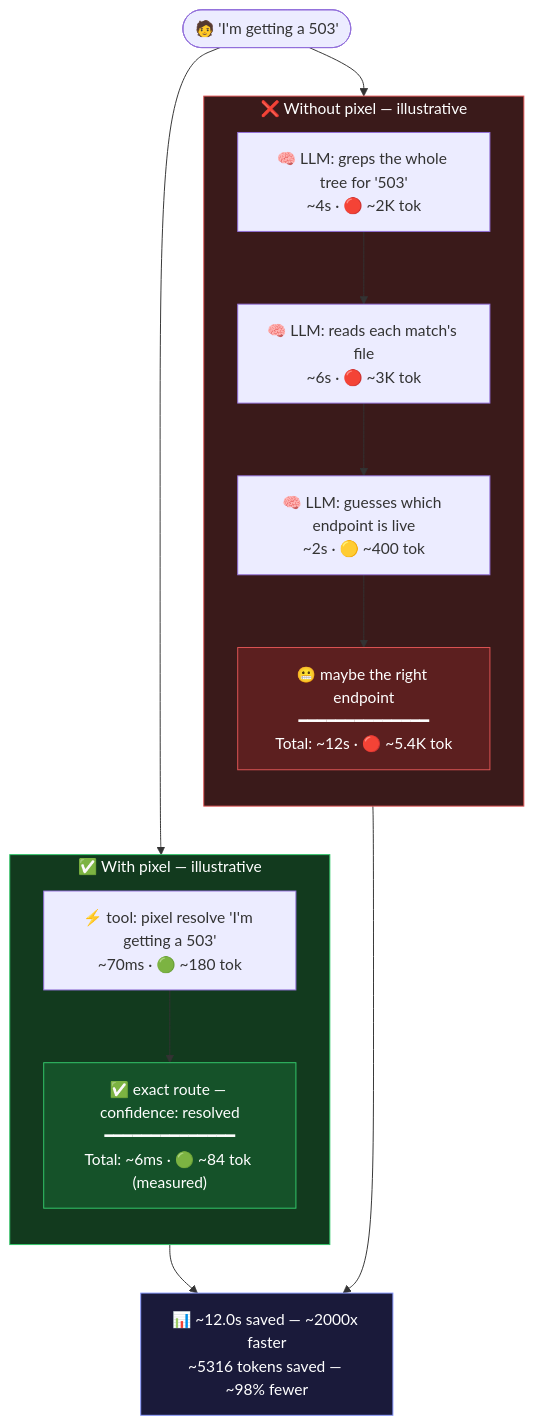
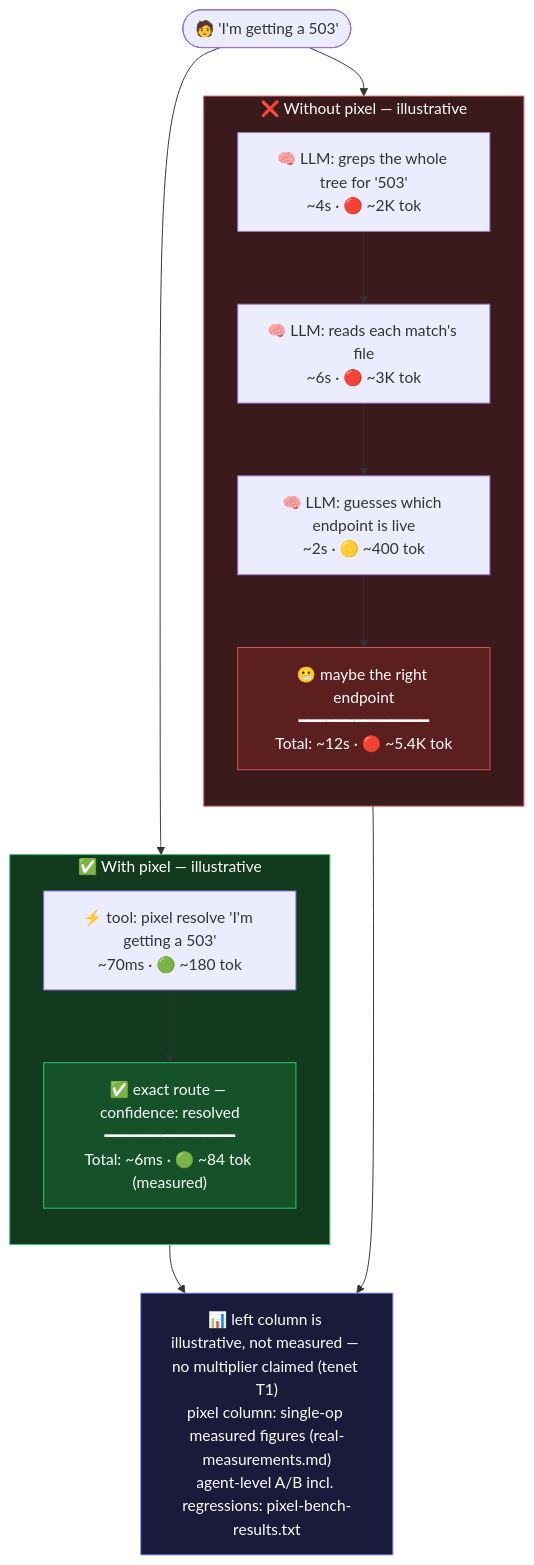
The diagram in docs/examples/02-resolve-error.mmd (Pixel-CLI/pixel), drawn with Mermaid before and after one commit. The commit also changed 57 other files, not shown here.

```diff
--- a/docs/examples/02-resolve-error.mmd
+++ b/docs/examples/02-resolve-error.mmd
@@ -1,30 +1,30 @@
 flowchart TD
     Ask(["🧑 'I'm getting a 503'"])
     Ask --> w1
     Ask --> p1
     w1 ~~~ p1
 
     subgraph W ["❌ Without pixel — illustrative"]
         direction TB
         w1["🧠 LLM: greps the whole tree for '503'<br/>~4s · 🔴 ~2K tok"] --> w2
         w2["🧠 LLM: reads each match's file<br/>~6s · 🔴 ~3K tok"] --> w3
         w3["🧠 LLM: guesses which endpoint is live<br/>~2s · 🟡 ~400 tok"]
         w3 --> w5["😬 maybe the right endpoint<br/>━━━━━━━━━━━━━━<br/>Total: ~12s · 🔴 ~5.4K tok"]
     end
 
     subgraph P ["✅ With pixel — illustrative"]
         direction TB
         p1["⚡ tool: pixel resolve 'I'm getting a 503'<br/>~70ms · 🟢 ~180 tok"]
         p1 --> p3["✅ exact route — confidence: resolved<br/>━━━━━━━━━━━━━━<br/>Total: ~6ms · 🟢 ~84 tok (measured)"]
     end
 
     w5 --> Recap
     p3 --> Recap
-    Recap["📊 ~12.0s saved — ~2000x faster<br/>~5316 tokens saved — ~98% fewer"]
+    Recap["📊 left column is illustrative, not measured — no multiplier claimed (tenet T1)<br/>pixel column: single-op measured figures (real-measurements.md)<br/>agent-level A/B incl. regressions: pixel-bench-results.txt"]
 
     style W fill:#3a1a1a,stroke:#e05555,color:#fff
     style P fill:#123a1e,stroke:#33c76a,color:#fff
     style w5 fill:#5c1f1f,stroke:#e05555,color:#fff
     style p3 fill:#155229,stroke:#33c76a,color:#fff
     style Recap fill:#1a1a3a,stroke:#8899ff,color:#fff
     linkStyle 2 stroke-width:0px
```
